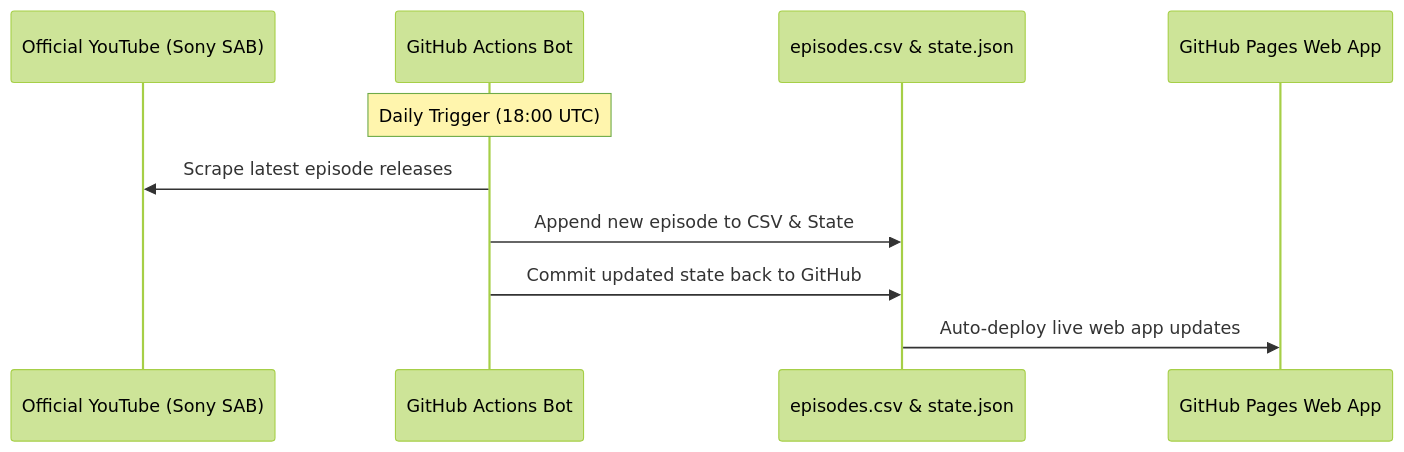
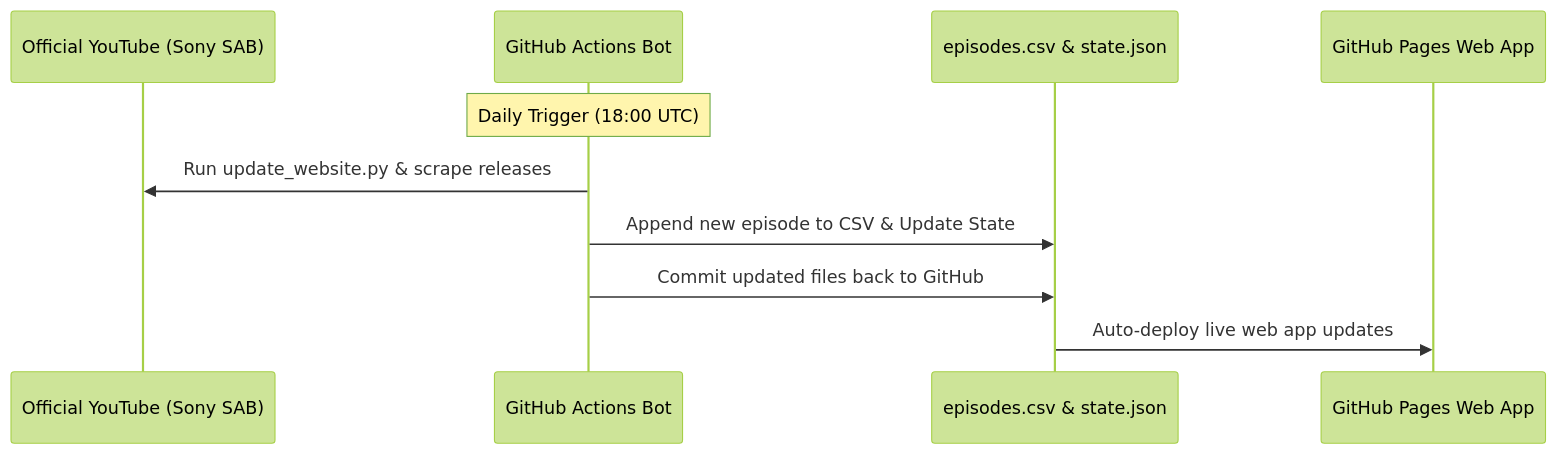
Before and after one commit to CodeMasterAbhishek/Daily-Dose-of-TMOCK: the diagram in README.md, drawn with Mermaid (forest theme). The commit also changed other lines of this file, not shown here.

````diff
--- a/README.md
+++ b/README.md
@@ -44,13 +54,13 @@
 ```mermaid
 sequenceDiagram
     participant SAB as Official YouTube (Sony SAB)
     participant Action as GitHub Actions Bot
     participant DB as episodes.csv & state.json
     participant Site as GitHub Pages Web App
 
     Note over Action: Daily Trigger (18:00 UTC)
-    Action->>SAB: Scrape latest episode releases
-    Action->>DB: Append new episode to CSV & State
-    Action->>DB: Commit updated state back to GitHub
+    Action->>SAB: Run update_website.py & scrape releases
+    Action->>DB: Append new episode to CSV & Update State
+    Action->>DB: Commit updated files back to GitHub
     DB->>Site: Auto-deploy live web app updates
 ```
````
